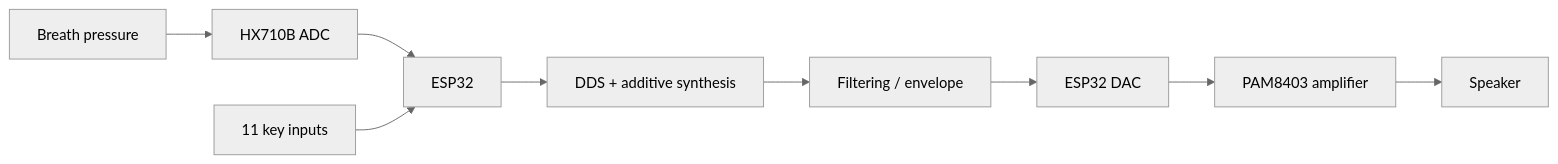
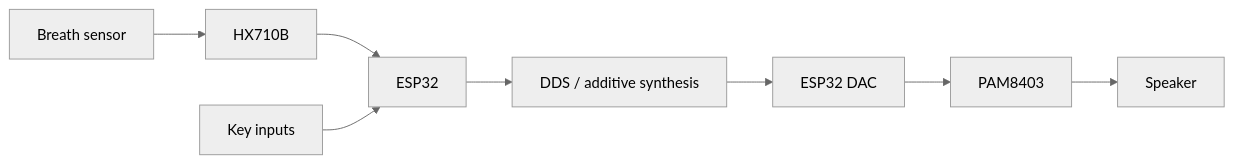
One commit to cbyrne78/electronic-wind-instrument changed the diagram in README.md. Above: the diagram before and after it, drawn with Mermaid (neutral theme). The commit also changed other lines of this file, not shown here.

````diff
--- a/README.md
+++ b/README.md
@@ -23,11 +22,10 @@
 ```mermaid
 flowchart LR
-    B[Breath pressure] --> H[HX710B ADC]
+    B[Breath sensor] --> H[HX710B]
     H --> E[ESP32]
-    K[11 key inputs] --> E
-    E --> D[DDS + additive synthesis]
-    D --> F[Filtering / envelope]
-    F --> DAC[ESP32 DAC]
-    DAC --> A[PAM8403 amplifier]
+    K[Key inputs] --> E
+    E --> D[DDS / additive synthesis]
+    D --> DAC[ESP32 DAC]
+    DAC --> A[PAM8403]
     A --> S[Speaker]
 ```
````
